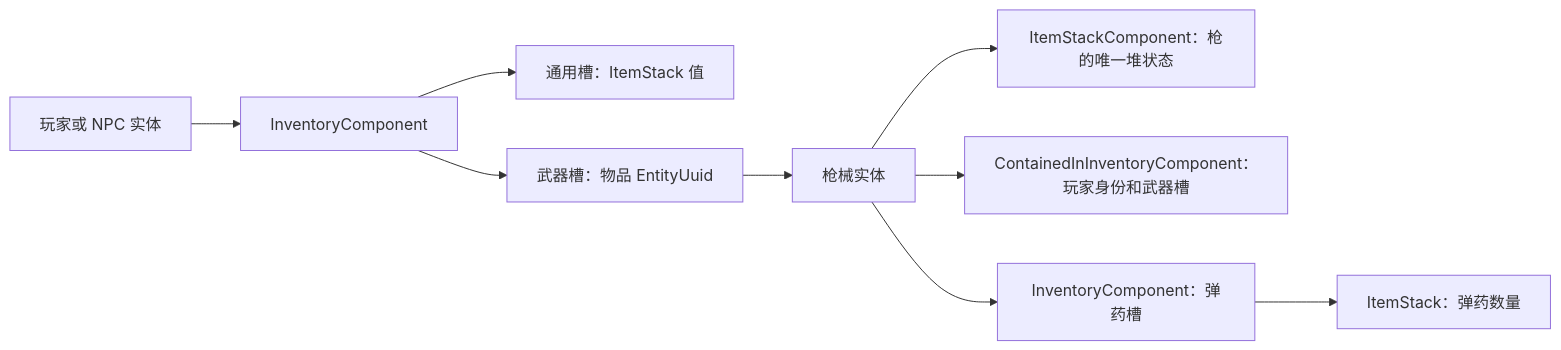
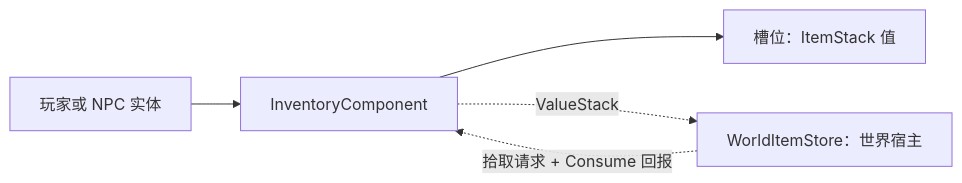
The diagram in src/NSSLC/Share/Inventory/README.md (NonlinearLearning/NLTX), drawn with Mermaid before and after one commit. The commit also changed other lines of this file and 83 other files, not shown here.

Commit message:
NpcSpawn 改名 EntitySpawn；World 子域收进 ComponentSystem；物品载荷双宿主边界落地

````diff
--- a/src/NSSLC/Share/Inventory/README.md
+++ b/src/NSSLC/Share/Inventory/README.md
@@ -49,11 +53,7 @@
 ```mermaid
 flowchart LR
     P[玩家或 NPC 实体] --> I[InventoryComponent]
-    I --> V[通用槽：ItemStack 值]
-    I --> W[武器槽：物品 EntityUuid]
-    W --> G[枪械实体]
-    G --> S[ItemStackComponent：枪的唯一堆状态]
-    G --> R[ContainedInInventoryComponent：玩家身份和武器槽]
-    G --> A[InventoryComponent：弹药槽]
-    A --> B[ItemStack：弹药数量]
+    I --> V[槽位：ItemStack 值]
+    W[WorldItemStore：世界宿主] -.->|拾取请求 + Consume 回报| I
+    I -.->|ValueStack| W
 ```
````
